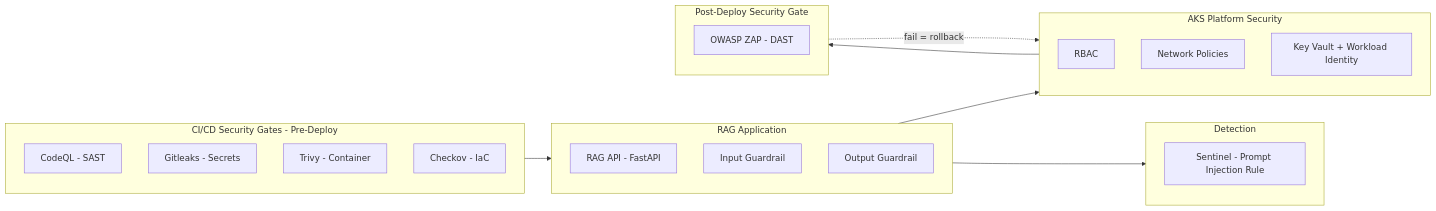
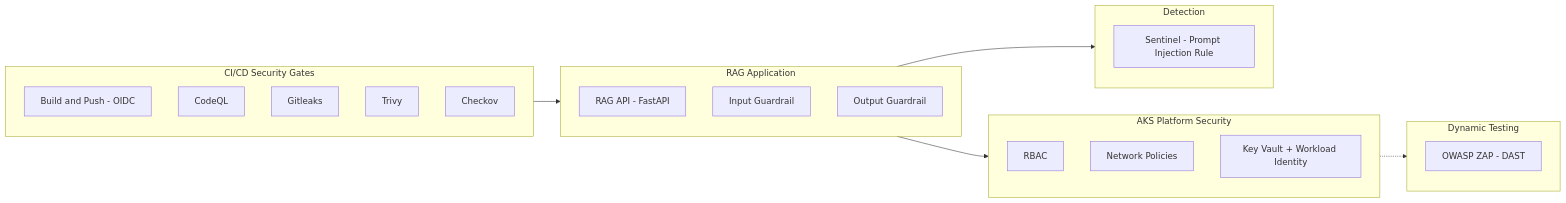
One commit to jonarm/ai-application-security-devsecops-pipeline changed the diagram in README.md. Above: the diagram before and after it, drawn with Mermaid. The commit also changed other lines of this file, not shown here.

Commit message:
Draft main README reflecting confirmed live deployment, pending ZAP/Sentinel data-flow as final open items

````diff
--- a/README.md
+++ b/README.md
@@ -20,29 +13,29 @@
 ```mermaid
 flowchart LR
     subgraph App["RAG Application"]
         API[RAG API - FastAPI]
         IN[Input Guardrail]
         OUT[Output Guardrail]
     end
     subgraph Platform["AKS Platform Security"]
         RBAC[RBAC]
         NETPOL[Network Policies]
         KV[Key Vault + Workload Identity]
     end
-    subgraph Pipeline["CI/CD Security Gates - Pre-Deploy"]
-        CODEQL[CodeQL - SAST]
-        GITLEAKS[Gitleaks - Secrets]
-        TRIVY[Trivy - Container]
-        CHECKOV[Checkov - IaC]
+    subgraph Pipeline["CI/CD Security Gates"]
+        BUILD[Build and Push - OIDC]
+        CODEQL[CodeQL]
+        GITLEAKS[Gitleaks]
+        TRIVY[Trivy]
+        CHECKOV[Checkov]
     end
-    subgraph Dynamic["Post-Deploy Security Gate"]
+    subgraph Dynamic["Dynamic Testing"]
         ZAP[OWASP ZAP - DAST]
     end
     subgraph Detect["Detection"]
         SENT[Sentinel - Prompt Injection Rule]
     end
     Pipeline --> App --> Platform
-    Platform --> Dynamic
-    Dynamic -.->|fail = rollback| Platform
+    Platform -.-> Dynamic
     App --> Detect
 ```
````
